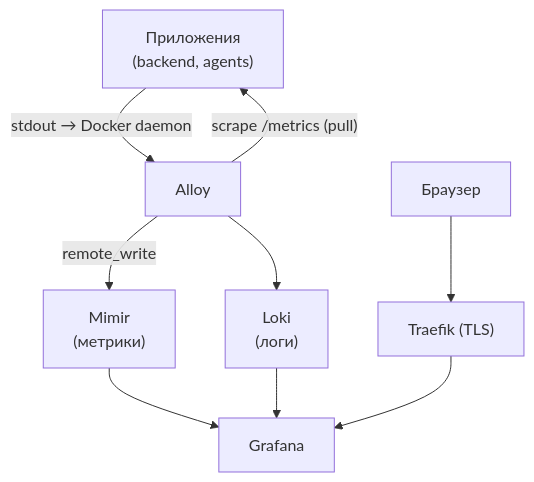
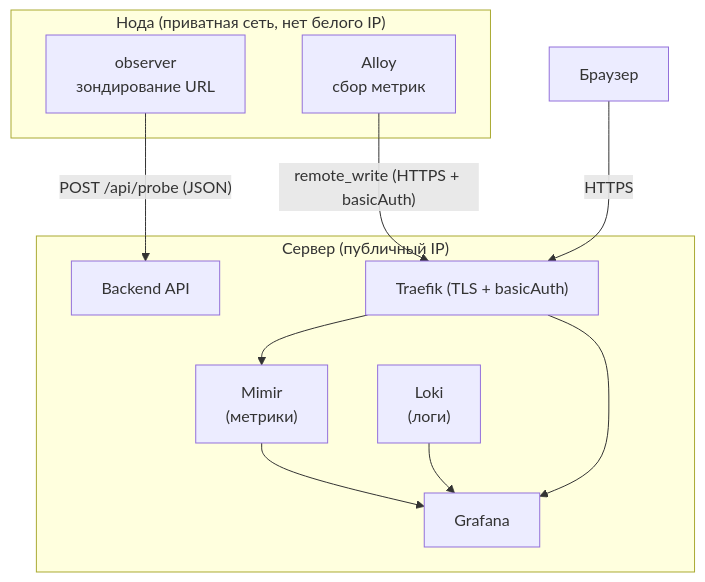
The first of 2 diagrams in docs/monitoring.ru.md (RCAgen1/RCAgent), drawn with Mermaid before and after one commit. The commit also changed other lines of this file and 2 other files, not shown here.

First line of the commit message:
feat: monitoring node push — Mimir public endpoint + node deploy config

````diff
--- a/docs/monitoring.ru.md
+++ b/docs/monitoring.ru.md
@@ -17,18 +25,23 @@
 ```mermaid
 flowchart TD
-    Apps["Приложения\n(backend, agents)"]
-    Alloy[Alloy]
-    Mimir["Mimir\n(метрики)"]
-    Loki["Loki\n(логи)"]
-    Grafana[Grafana]
-    Traefik["Traefik (TLS)"]
+    subgraph node["Нода (приватная сеть, нет белого IP)"]
+        Observer[observer\nзондирование URL]
+        Alloy[Alloy\nсбор метрик]
+    end
+
+    subgraph server["Сервер (публичный IP)"]
+        Traefik["Traefik (TLS + basicAuth)"]
+        Backend[Backend API]
+        Mimir["Mimir\n(метрики)"]
+        Loki["Loki\n(логи)"]
+        Grafana[Grafana]
+    end
+
     Browser[Браузер]
 
-    Alloy -- "scrape /metrics (pull)" --> Apps
-    Apps -- "stdout → Docker daemon" --> Alloy
-    Alloy -- "remote_write" --> Mimir
-    Alloy --> Loki
+    Observer -- "POST /api/probe (JSON)" --> Backend
+    Alloy -- "remote_write (HTTPS + basicAuth)" --> Traefik --> Mimir
     Mimir --> Grafana
     Loki --> Grafana
-    Browser --> Traefik --> Grafana
+    Browser -- "HTTPS" --> Traefik --> Grafana
 ```
````
